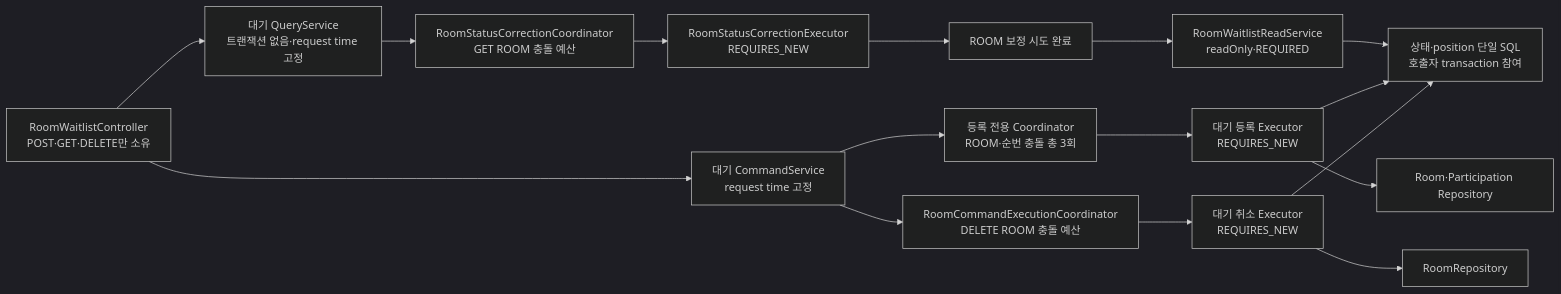
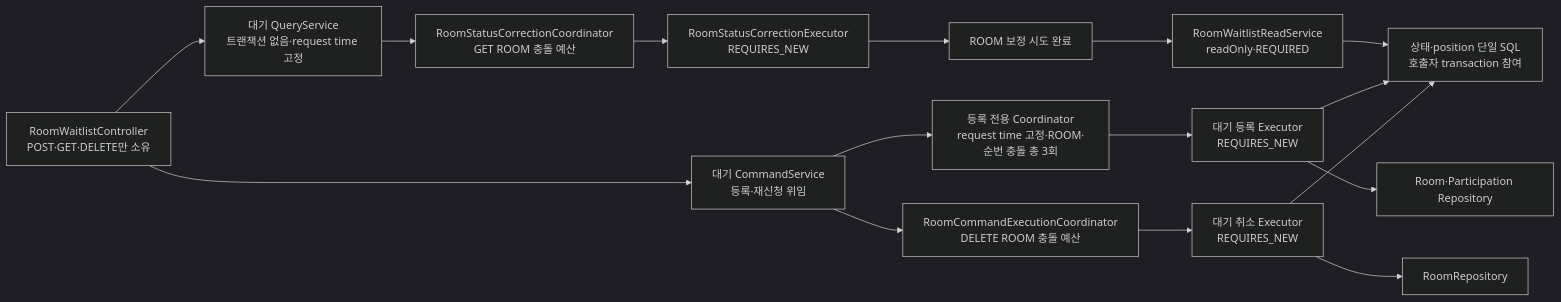
Before and after one commit to bamsongi-club/albam-mate: the fourth of 7 diagrams in docs/ARCHITECTURE.md, drawn with Mermaid (dark theme).

Commit message:
docs: 대기 등록 기준 시각 소유권 정정

````diff
--- a/docs/ARCHITECTURE.md
+++ b/docs/ARCHITECTURE.md
@@ -240,18 +240,18 @@
 ```mermaid
 flowchart LR
     waitlistController["RoomWaitlistController<br/>POST·GET·DELETE만 소유"] --> waitlistQuery["대기 QueryService<br/>트랜잭션 없음·request time 고정"]
     waitlistQuery --> statusCoordinator["RoomStatusCorrectionCoordinator<br/>GET ROOM 충돌 예산"]
     statusCoordinator --> statusExecutor["RoomStatusCorrectionExecutor<br/>REQUIRES_NEW"]
     statusExecutor --> correctionCommitted["ROOM 보정 시도 완료"]
     correctionCommitted --> waitlistRead["RoomWaitlistReadService<br/>readOnly·REQUIRED"]
     waitlistRead --> waitlistRepository["상태·position 단일 SQL<br/>호출자 transaction 참여"]
-    waitlistController --> waitlistCommand["대기 CommandService<br/>request time 고정"]
-    waitlistCommand --> waitlistCoordinator["등록 전용 Coordinator<br/>ROOM·순번 충돌 총 3회"]
+    waitlistController --> waitlistCommand["대기 CommandService<br/>등록·재신청 위임"]
+    waitlistCommand --> waitlistCoordinator["등록 전용 Coordinator<br/>request time 고정·ROOM·순번 충돌 총 3회"]
     waitlistCoordinator --> waitlistExecutor["대기 등록 Executor<br/>REQUIRES_NEW"]
     waitlistExecutor --> waitlistRepositories["Room·Participation Repository"]
     waitlistExecutor --> waitlistRepository
     waitlistCommand --> roomCommandCoordinator["RoomCommandExecutionCoordinator<br/>DELETE ROOM 충돌 예산"]
     roomCommandCoordinator --> waitlistCancelExecutor["대기 취소 Executor<br/>REQUIRES_NEW"]
     waitlistCancelExecutor --> roomRepository["RoomRepository"]
     waitlistCancelExecutor --> waitlistRepository
 ```
````
